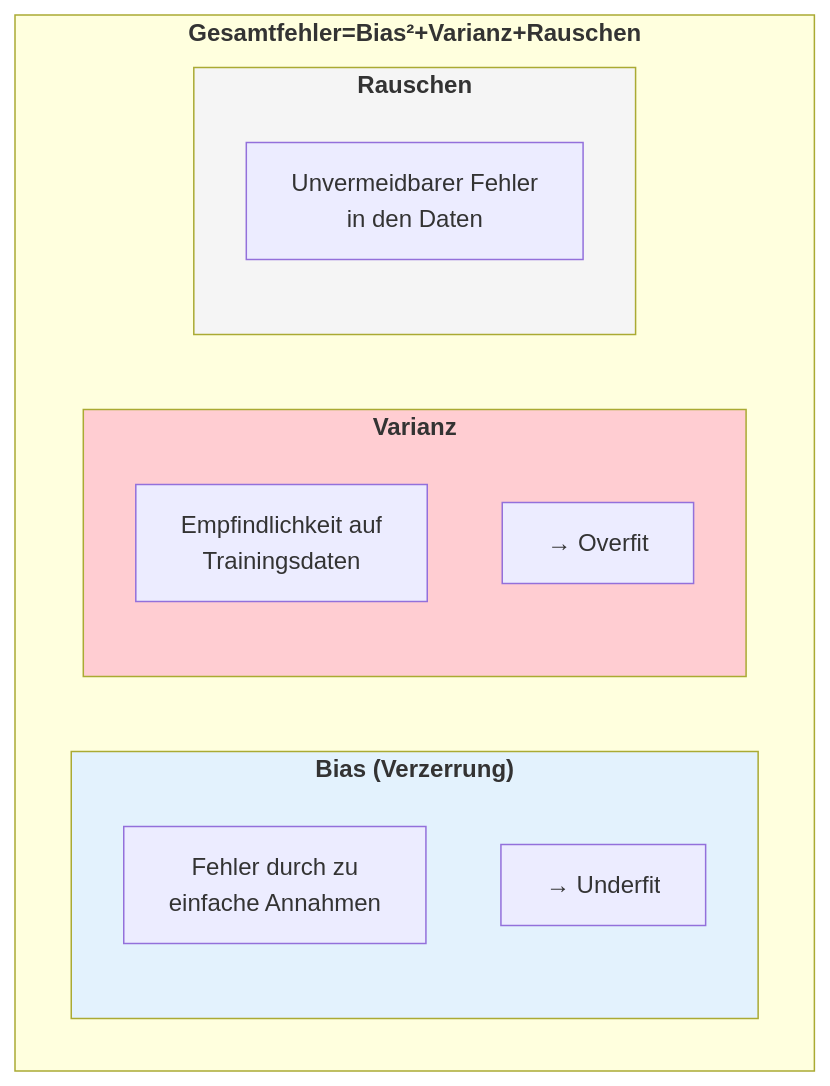
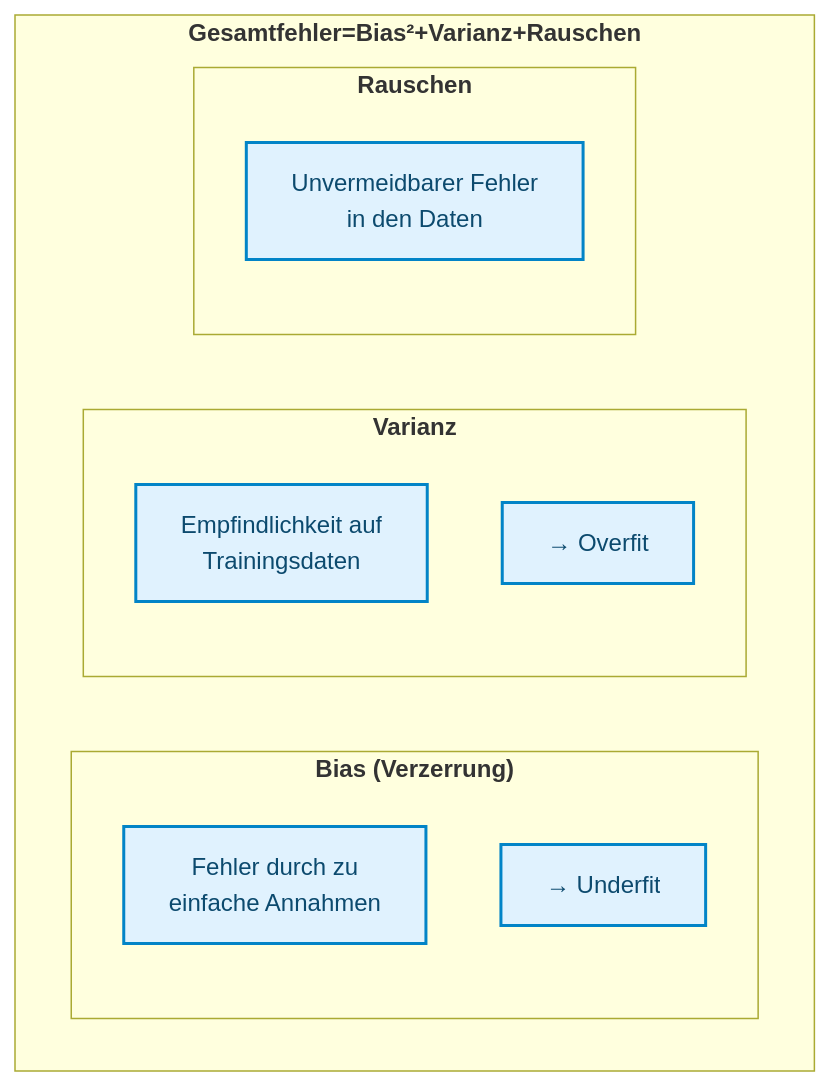
Before and after one commit to ralf-42/ML_Intro: the third of 7 diagrams in docs/concepts/evaluate/overfitting.md, drawn with Mermaid. The commit also changed other lines of this file and 67 other files, not shown here.

````diff
--- a/docs/concepts/evaluate/overfitting.md
+++ b/docs/concepts/evaluate/overfitting.md
@@ -119,24 +120,22 @@
 ```mermaid
 flowchart TB
     subgraph error["<b>Gesamtfehler=Bias²+Varianz+Rauschen"]
         direction LR
         
         subgraph bias["<b>Bias (Verzerrung)"]
             B1["Fehler durch zu<br/>einfache Annahmen"]
             B2["→ Underfit"]
         end
         
         subgraph variance["<b>Varianz"]
             V1["Empfindlichkeit auf<br/>Trainingsdaten"]
             V2["→ Overfit"]
         end
         
         subgraph noise["<b>Rauschen"]
             N1["Unvermeidbarer Fehler<br/>in den Daten"]
         end
     end
-    
-    style bias fill:#e3f2fd
-    style variance fill:#ffcdd2
-    style noise fill:#f5f5f5
+
+    classDef default fill:#e0f2fe,stroke:#0284c7,stroke-width:2px,color:#0c4a6e;
 ```
````
